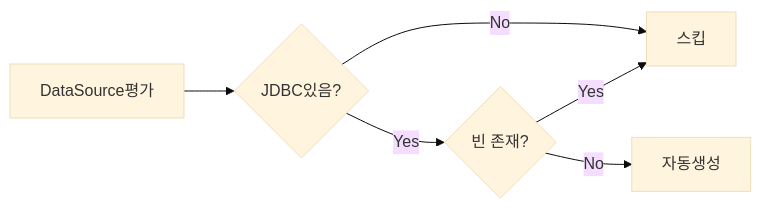
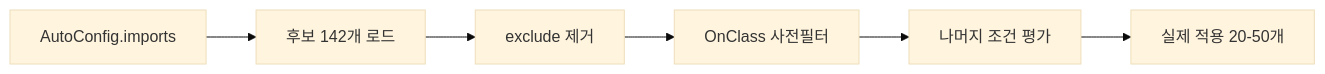
The third of 5 diagrams in _posts/spring/2026-05-02-spring-boot-autoconfigure.md (yjkim2015/yjkim2015.github.io), drawn with Mermaid (base theme) before and after one commit. The commit also changed other lines of this file and 4 other files, not shown here.

````diff
--- a/_posts/spring/2026-05-02-spring-boot-autoconfigure.md
+++ b/_posts/spring/2026-05-02-spring-boot-autoconfigure.md
@@ -204,8 +282,8 @@
 ```mermaid
 graph LR
-    A[DataSource평가] --> B{JDBC있음?}
-    B -->|No| C[스킵]
-    B -->|Yes| D{빈 존재?}
-    D -->|Yes| C
-    D -->|No| E[자동생성]
+    A[AutoConfig.imports] --> B[후보 142개 로드]
+    B --> C[exclude 제거]
+    C --> D[OnClass 사전필터]
+    D --> E[나머지 조건 평가]
+    E --> F[실제 적용 20-50개]
 ```
````
